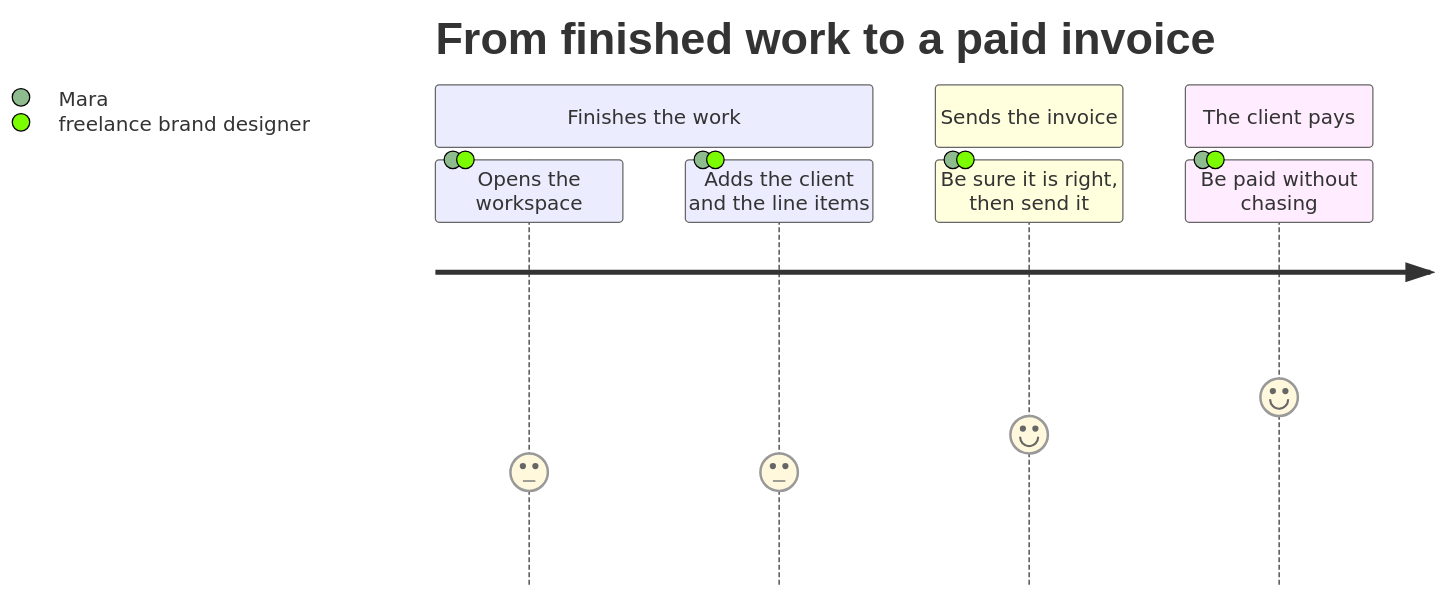
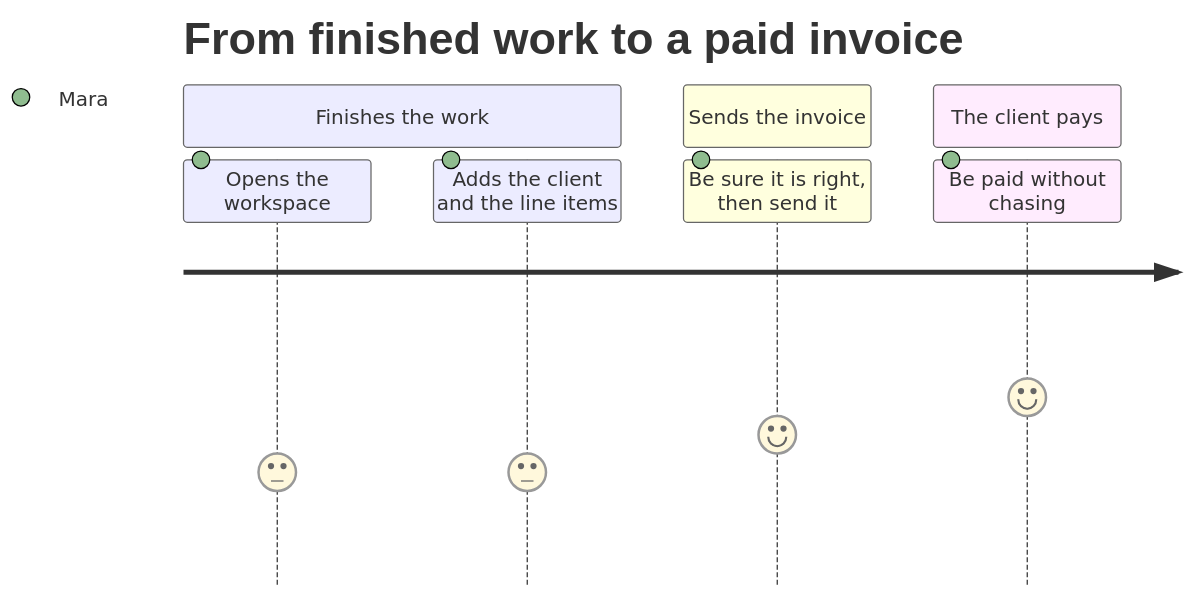
The diagram in product-definition-system/examples/ledgerly/views/journey.md (elendil-tech/magik-harness), drawn with Mermaid before and after one commit. The commit also changed 27 other files, not shown here.

````diff
--- a/product-definition-system/examples/ledgerly/views/journey.md
+++ b/product-definition-system/examples/ledgerly/views/journey.md
@@ -7,11 +7,11 @@
 ```mermaid
 journey
   title From finished work to a paid invoice
   section Finishes the work
-    Opens the workspace: 3: Mara, freelance brand designer
-    Adds the client and the line items: 3: Mara, freelance brand designer
+    Opens the workspace: 3: Mara
+    Adds the client and the line items: 3: Mara
   section Sends the invoice
-    Be sure it is right, then send it: 4: Mara, freelance brand designer
+    Be sure it is right, then send it: 4: Mara
   section The client pays
-    Be paid without chasing: 5: Mara, freelance brand designer
+    Be paid without chasing: 5: Mara
 ```
````
